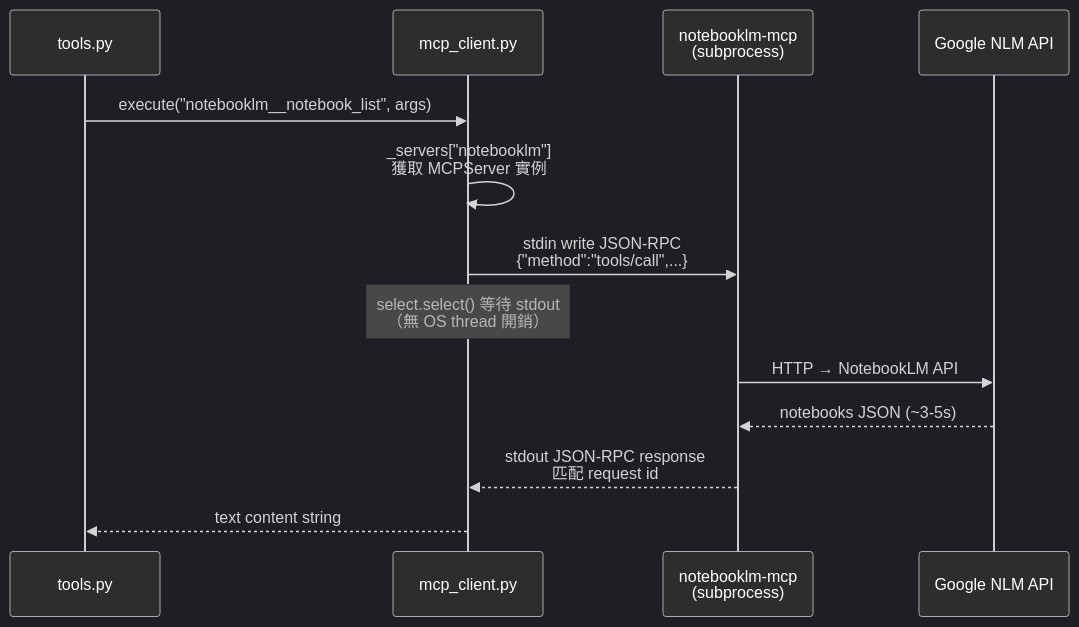
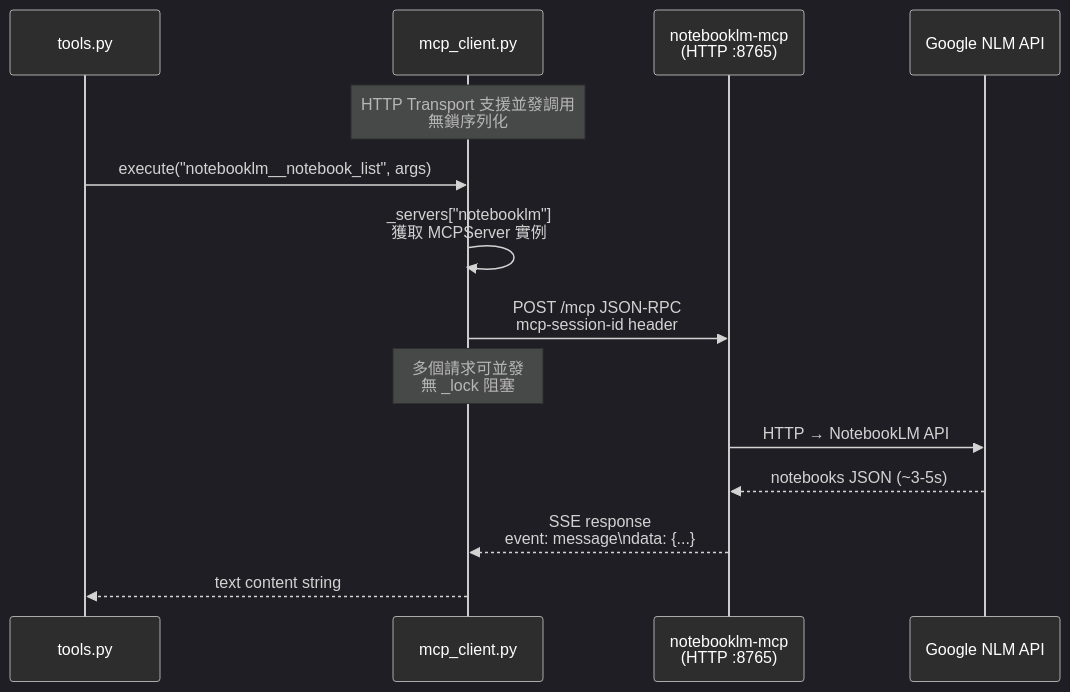
Before and after one commit to DanyLeeTW/dspy-office: the fifth of 5 diagrams in 系統架構分析報告.md, drawn with Mermaid. The commit also changed other lines of this file and 6 other files, not shown here.

Commit message:
feat: add ToolAdapter for legacy registry migration and upgrade MCP client to support HTTP/SSE transport with session management

````diff
--- a/系統架構分析報告.md
+++ b/系統架構分析報告.md
@@ -254,33 +250,34 @@
 ```mermaid
 %%{init: {
   'theme': 'dark',
   'themeVariables': {
     'primaryColor': '#2d2d2d',
     'primaryTextColor': '#ffffff',
     'primaryBorderColor': '#aaaaaa',
     'lineColor': '#cccccc',
     'actorBkg': '#2d2d2d',
     'actorTextColor': '#ffffff',
     'actorBorder': '#aaaaaa',
     'messageColor': '#cccccc',
     'textColor': '#ffffff',
     'activationBkgColor': '#464646',
     'fontSize': '15px',
     'fontFamily': 'ui-sans-serif, system-ui, sans-serif'
   }
 }}%%
 sequenceDiagram
     participant TOOLS as tools.py
     participant MCP as mcp_client.py
-    participant PROC as notebooklm-mcp<br/>(subprocess)
+    participant HTTP as notebooklm-mcp<br/>(HTTP :8765)
     participant GAPI as Google NLM API
 
+    Note over MCP: HTTP Transport 支援並發調用<br/>無鎖序列化
     TOOLS->>MCP: execute("notebooklm__notebook_list", args)
     MCP->>MCP: _servers["notebooklm"]<br/>獲取 MCPServer 實例
-    MCP->>PROC: stdin write JSON-RPC<br/>{"method":"tools/call",...}
-    Note over MCP: select.select() 等待 stdout<br/>（無 OS thread 開銷）
-    PROC->>GAPI: HTTP → NotebookLM API
-    GAPI-->>PROC: notebooks JSON (~3-5s)
-    PROC-->>MCP: stdout JSON-RPC response<br/>匹配 request id
+    MCP->>HTTP: POST /mcp JSON-RPC<br/>mcp-session-id header
+    Note over MCP: 多個請求可並發<br/>無 _lock 阻塞
+    HTTP->>GAPI: HTTP → NotebookLM API
+    GAPI-->>HTTP: notebooks JSON (~3-5s)
+    HTTP-->>MCP: SSE response<br/>event: message\ndata: {...}
     MCP-->>TOOLS: text content string
 ```
````
